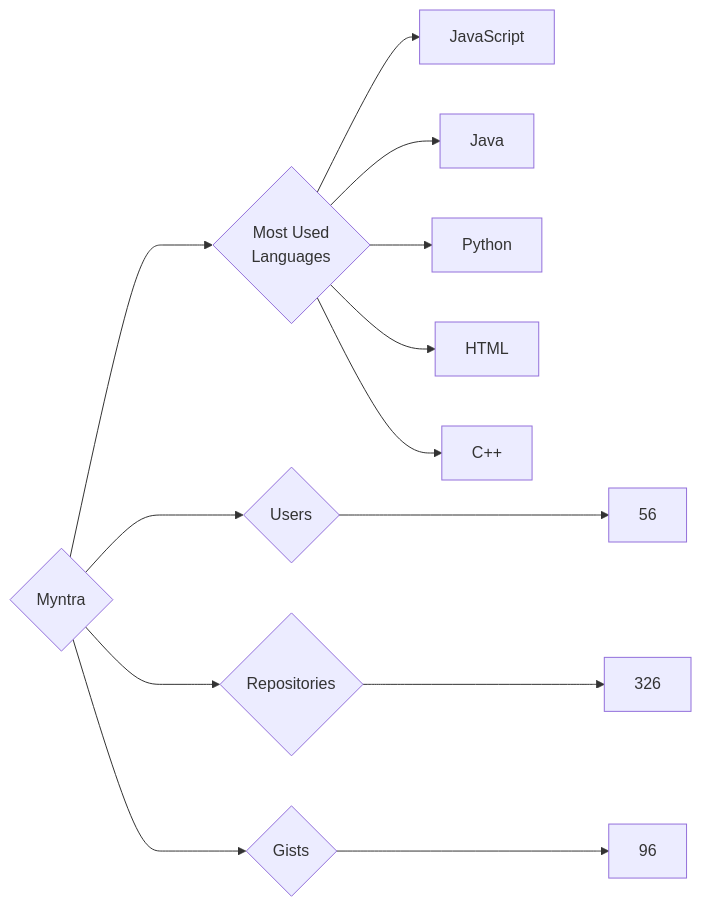
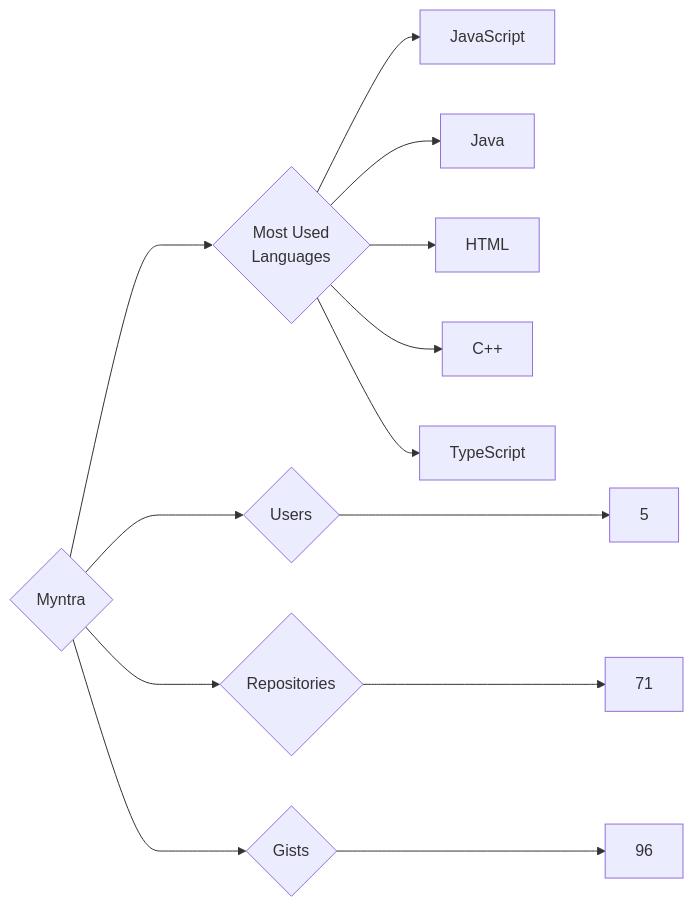
Before and after one commit to trickest/insiders: the diagram in targets/Myntra/README.md, drawn with Mermaid. The commit also changed 765 other files, not shown here.

````diff
--- a/targets/Myntra/README.md
+++ b/targets/Myntra/README.md
@@ -3,13 +3,13 @@
 ```mermaid
 graph LR
 COMPANY_NAME{Myntra}
-COMPANY_NAME ---> U{Users} ---> UN[56]
-COMPANY_NAME ---> R{Repositories} ---> RN[326]
+COMPANY_NAME ---> U{Users} ---> UN[5]
+COMPANY_NAME ---> R{Repositories} ---> RN[71]
 COMPANY_NAME ---> G{Gists} ---> GN[96]
 COMPANY_NAME ---> ML{Most Used<br>Languages}
 ML --> JavaScript[JavaScript]
 ML --> Java[Java]
-ML --> Python[Python]
 ML --> HTML[HTML]
 ML --> C++[C++]
+ML --> TypeScript[TypeScript]
 ```
````
